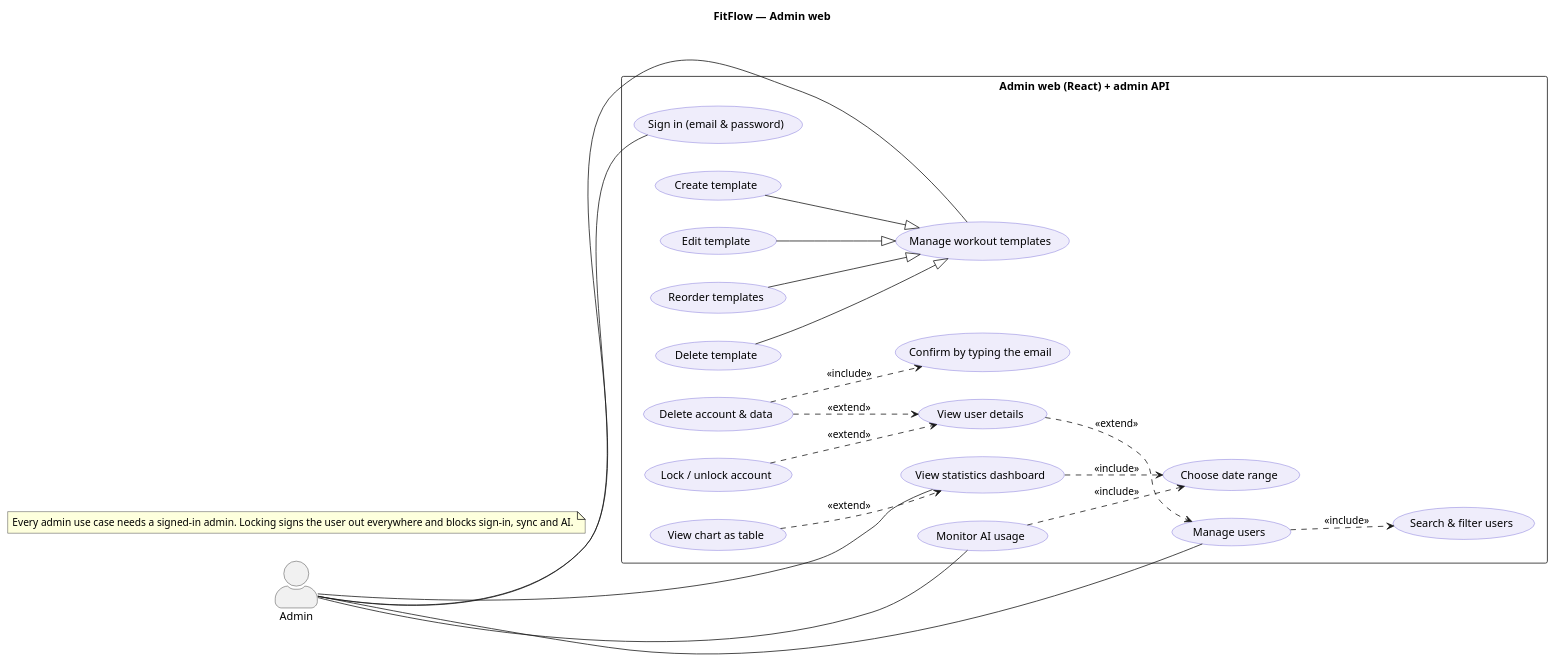
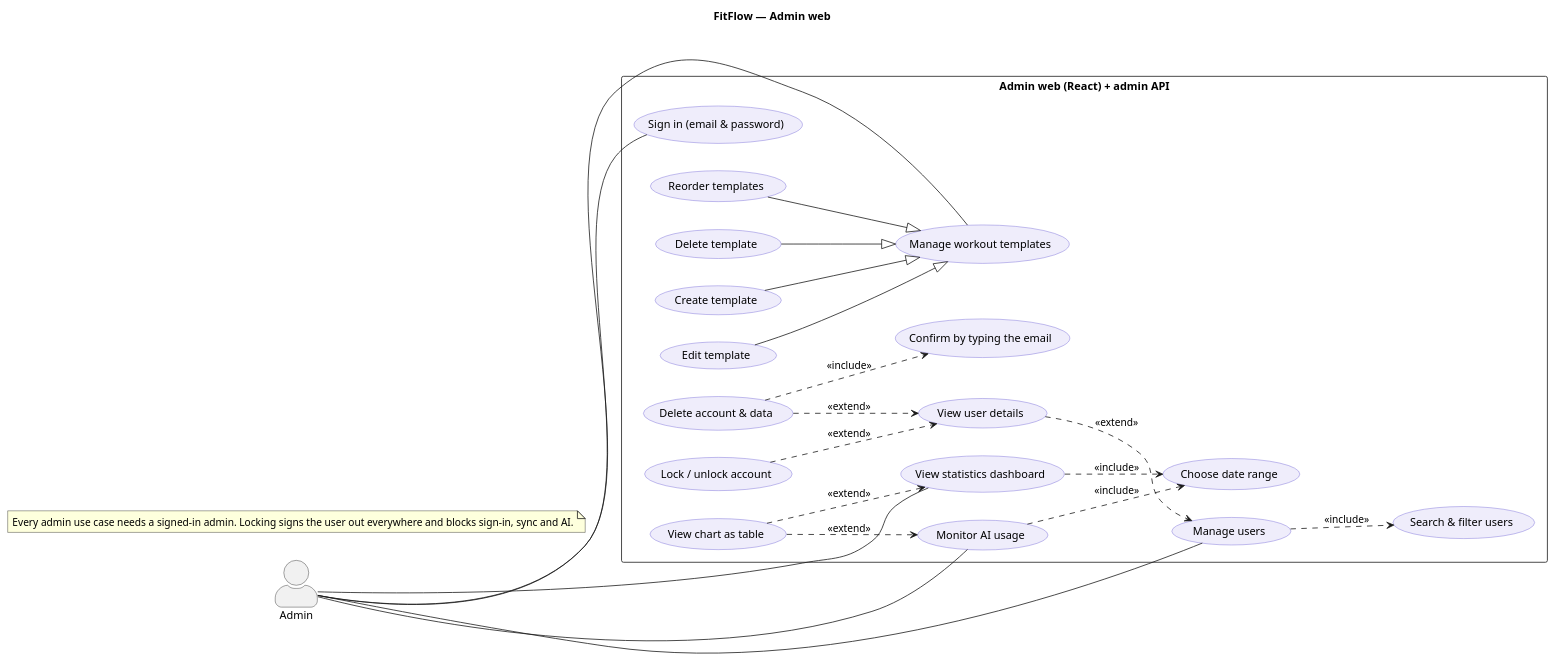
The seventh of 7 diagrams in docs/usecase.puml (PRM-393-G5/fitflow), drawn with PlantUML before and after one commit. The commit also changed other lines of this file and 10 other files, not shown here.

```diff
--- a/docs/usecase.puml
+++ b/docs/usecase.puml
@@ -238,49 +242,50 @@
 @startuml fitflow-usecase-admin-web
 title FitFlow — Admin web
 left to right direction
 skinparam packageStyle rectangle
 skinparam actorStyle awesome
 skinparam usecase {
   BackgroundColor #EFEDFB
   BorderColor #6558D3
 }
 actor "Admin" as admin
 rectangle "Admin web (React) + admin API" {
   usecase "Sign in (email & password)" as d0
   usecase "View statistics dashboard" as d1
   usecase "Monitor AI usage" as d2
   usecase "Manage users" as m1
   usecase "Manage workout templates" as t0
   usecase "View chart as table" as d4
   usecase "Choose date range" as d3
   usecase "Search & filter users" as m2
   usecase "View user details" as m3
   usecase "Lock / unlock account" as m4
   usecase "Delete account & data" as m5
   usecase "Confirm by typing the email" as m6
   usecase "Create template" as t1
   usecase "Edit template" as t2
   usecase "Reorder templates" as t3
   usecase "Delete template" as t4
 }
 admin -- d0
 admin -- d1
 admin -- d2
 admin -- m1
 admin -- t0
 d4 ..> d1 : <<extend>>
+d4 ..> d2 : <<extend>>
 d1 ..> d3 : <<include>>
 d2 ..> d3 : <<include>>
 m1 ..> m2 : <<include>>
 m3 ..> m1 : <<extend>>
 m4 ..> m3 : <<extend>>
 m5 ..> m3 : <<extend>>
 m5 ..> m6 : <<include>>
 t1 --|> t0
 t2 --|> t0
 t3 --|> t0
 t4 --|> t0
 note as n1
   Every admin use case needs a signed-in admin. Locking signs the user out everywhere and blocks sign-in, sync and AI.
 end note
 @enduml
```
